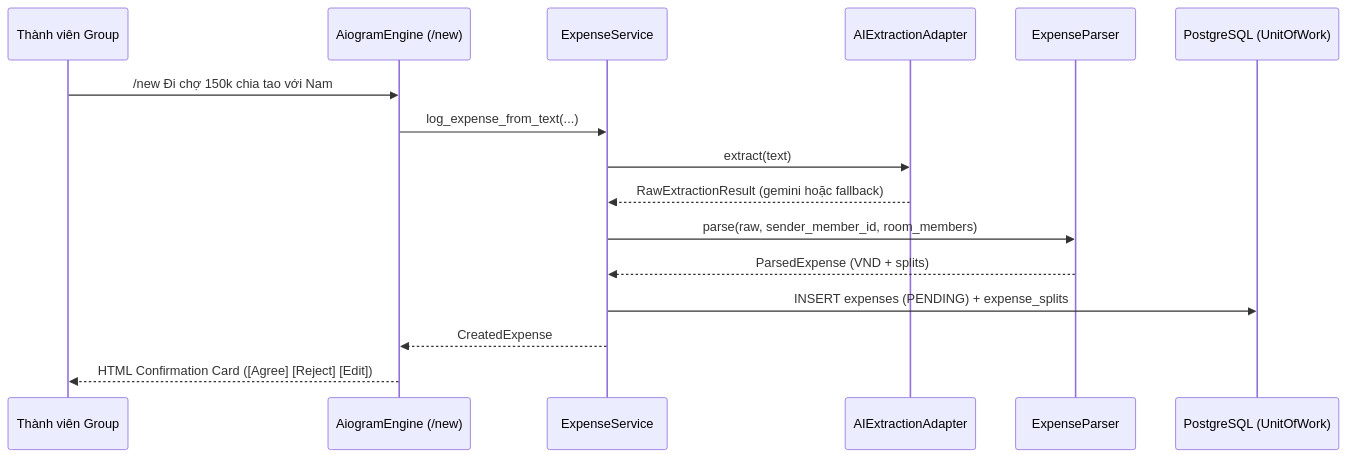
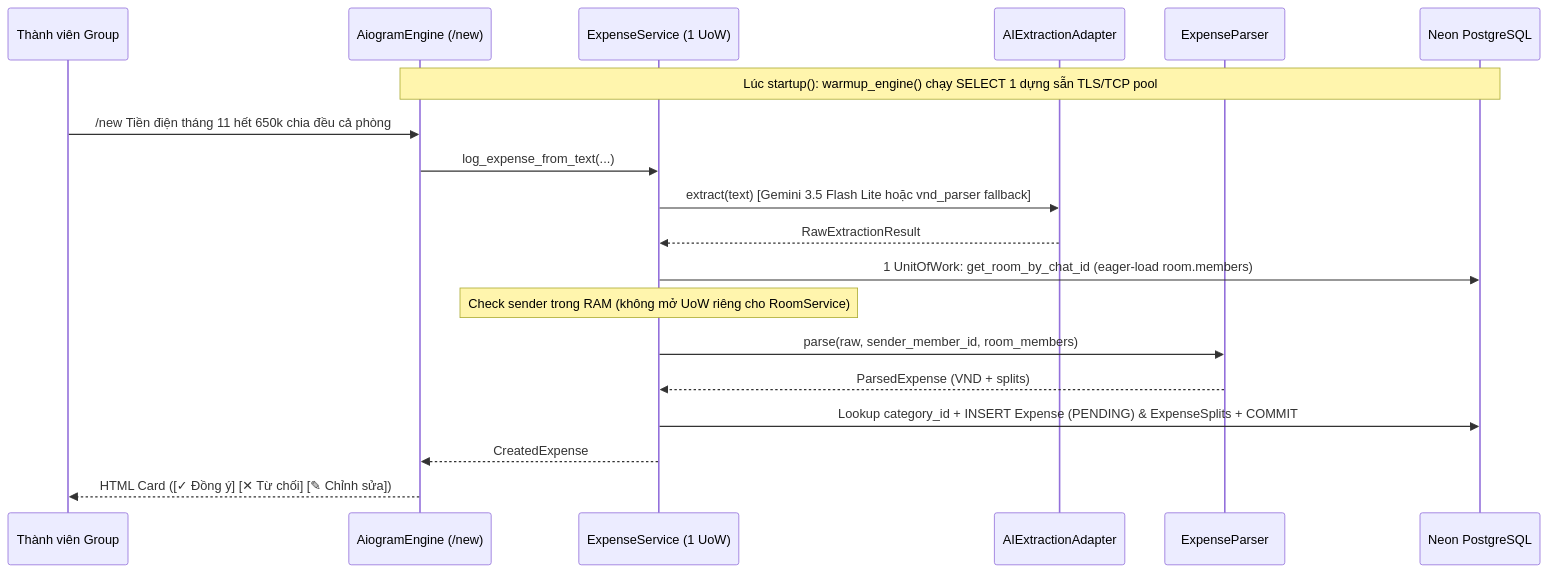
The diagram in docs/analysis-and-design/subtask-3-telegram-bot-interface-plan.md (AmnO-O/TroMateProject), drawn with Mermaid before and after one commit. The commit also changed other lines of this file and 11 other files, not shown here.

Commit message:
feat(scrum-123): align UI card/BR02/remainder rules, optimize 1-UoW + warmup, update docs

````diff
--- a/docs/analysis-and-design/subtask-3-telegram-bot-interface-plan.md
+++ b/docs/analysis-and-design/subtask-3-telegram-bot-interface-plan.md
@@ -43,19 +48,22 @@
 ```mermaid
 sequenceDiagram
     participant User as Thành viên Group
     participant Bot as AiogramEngine (/new)
-    participant Svc as ExpenseService
+    participant Svc as ExpenseService (1 UoW)
     participant AI as AIExtractionAdapter
     participant Parser as ExpenseParser
-    participant DB as PostgreSQL (UnitOfWork)
+    participant DB as Neon PostgreSQL
 
-    User->>Bot: /new Đi chợ 150k chia tao với Nam
+    Note over Bot,DB: Lúc startup(): warmup_engine() chạy SELECT 1 dựng sẵn TLS/TCP pool
+    User->>Bot: /new Tiền điện tháng 11 hết 650k chia đều cả phòng
     Bot->>Svc: log_expense_from_text(...)
-    Svc->>AI: extract(text)
-    AI-->>Svc: RawExtractionResult (gemini hoặc fallback)
+    Svc->>AI: extract(text) [Gemini 3.5 Flash Lite hoặc vnd_parser fallback]
+    AI-->>Svc: RawExtractionResult
+    Svc->>DB: 1 UnitOfWork: get_room_by_chat_id (eager-load room.members)
+    Note over Svc: Check sender trong RAM (không mở UoW riêng cho RoomService)
     Svc->>Parser: parse(raw, sender_member_id, room_members)
     Parser-->>Svc: ParsedExpense (VND + splits)
-    Svc->>DB: INSERT expenses (PENDING) + expense_splits
+    Svc->>DB: Lookup category_id + INSERT Expense (PENDING) & ExpenseSplits + COMMIT
     Svc-->>Bot: CreatedExpense
-    Bot-->>User: HTML Confirmation Card ([Agree] [Reject] [Edit])
+    Bot-->>User: HTML Card ([✓ Đồng ý] [✕ Từ chối] [✎ Chỉnh sửa])
 ```
````
